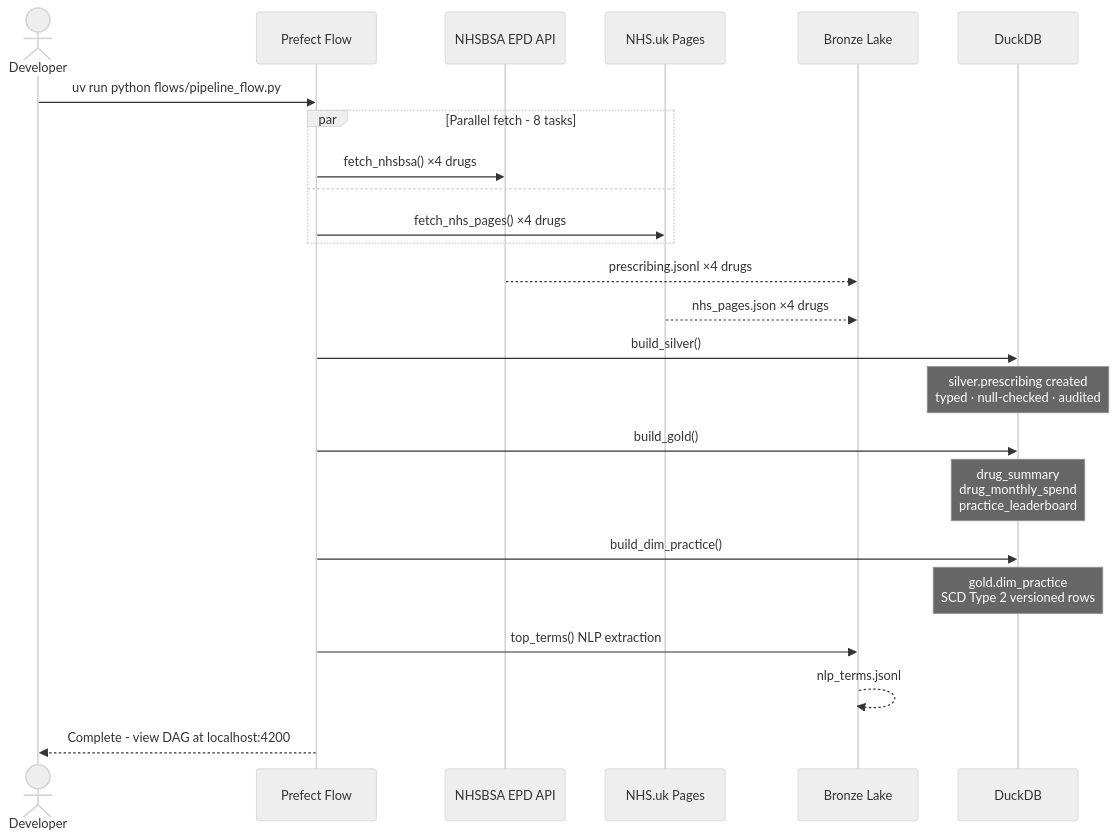
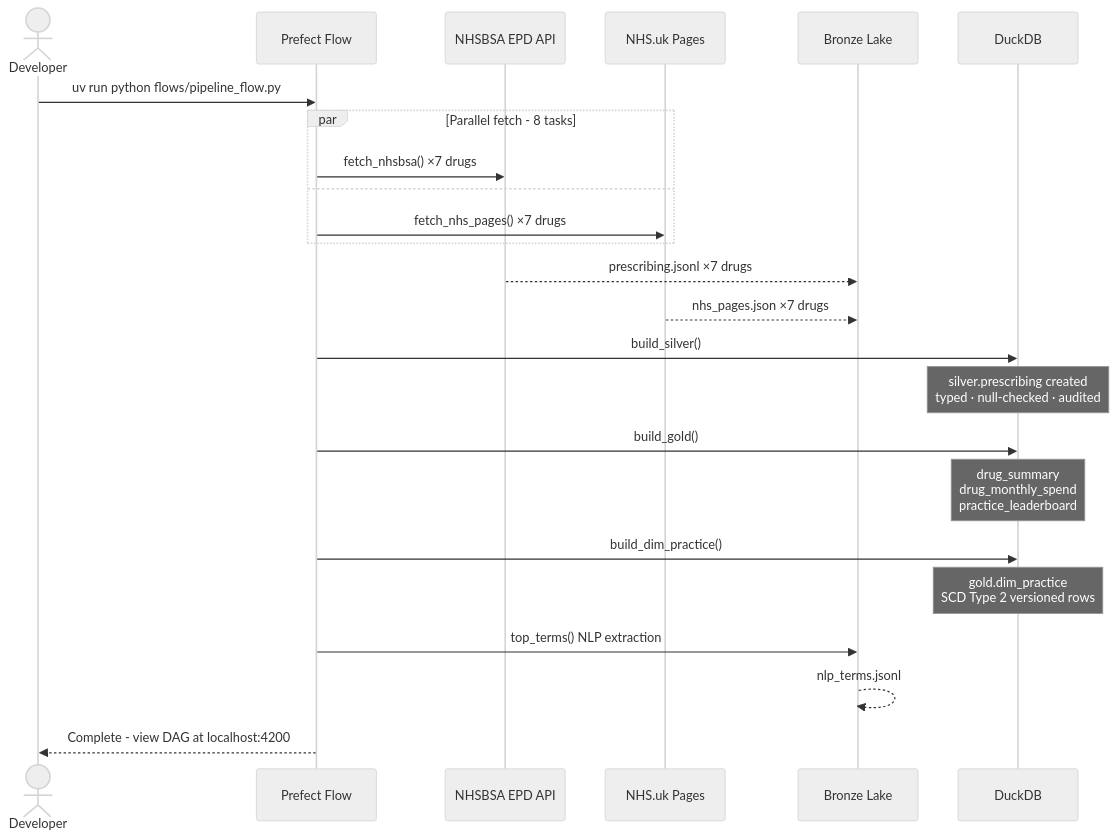
The second of 3 diagrams in README.md (po-DRA/uk-healthcare-big-data-pipeline), drawn with Mermaid (neutral theme) before and after one commit. The commit also changed other lines of this file and 2 other files, not shown here.

First line of the commit message:
Add GLP-1 drugs; increase default rows to 10,000 per drug

````diff
--- a/README.md
+++ b/README.md
@@ -157,34 +160,34 @@
 ```mermaid
 sequenceDiagram
     actor Dev as Developer
     participant PF as Prefect Flow
     participant API as NHSBSA EPD API
     participant NHS as NHS.uk Pages
     participant Bronze as Bronze Lake
     participant DB as DuckDB
 
     Dev->>PF: uv run python flows/pipeline_flow.py
 
     par Parallel fetch - 8 tasks
-        PF->>API: fetch_nhsbsa() ×4 drugs
+        PF->>API: fetch_nhsbsa() ×7 drugs
     and
-        PF->>NHS: fetch_nhs_pages() ×4 drugs
+        PF->>NHS: fetch_nhs_pages() ×7 drugs
     end
 
-    API-->>Bronze: prescribing.jsonl ×4 drugs
-    NHS-->>Bronze: nhs_pages.json ×4 drugs
+    API-->>Bronze: prescribing.jsonl ×7 drugs
+    NHS-->>Bronze: nhs_pages.json ×7 drugs
 
     PF->>DB: build_silver()
     Note over DB: silver.prescribing created<br/>typed · null-checked · audited
 
     PF->>DB: build_gold()
     Note over DB: drug_summary<br/>drug_monthly_spend<br/>practice_leaderboard
 
     PF->>DB: build_dim_practice()
     Note over DB: gold.dim_practice<br/>SCD Type 2 versioned rows
 
     PF->>Bronze: top_terms() NLP extraction
     Bronze-->>Bronze: nlp_terms.jsonl
 
     PF-->>Dev: Complete - view DAG at localhost:4200
 ```
````
